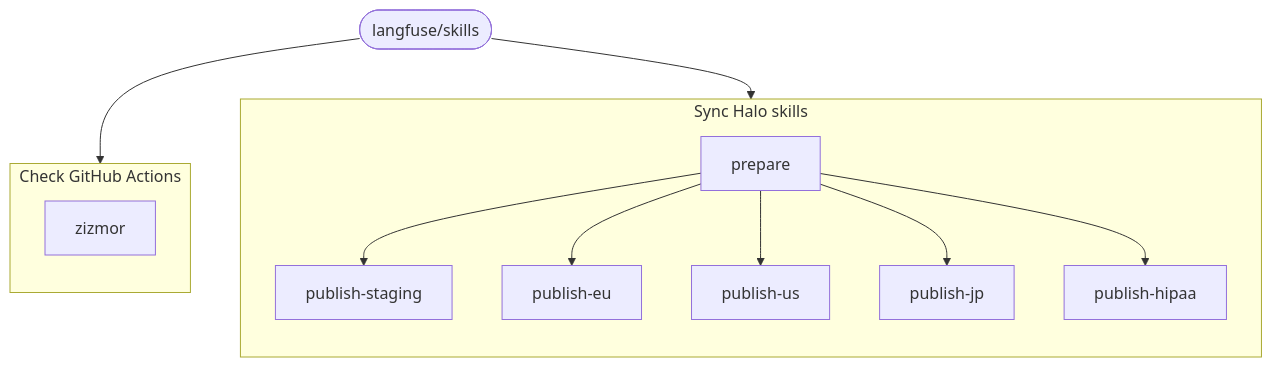
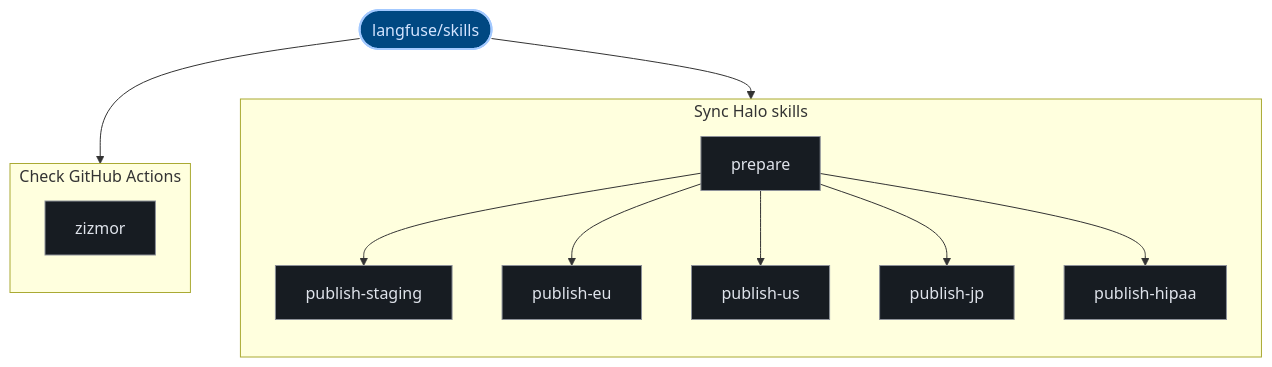
Before and after one commit to kumarshaz/atruss-code-atlas: the third of 3 diagrams in exports/latest/reports/langfuse-skills-report.md, drawn with Mermaid. The commit also changed other lines of this file and 331 other files, not shown here.

Commit message:
docs,ui,fix: update SDLC docs, reorder CI/CD DAG first, stylize Mermaid, and fix Arc42 pipeline topology

````diff
--- a/exports/latest/reports/langfuse-skills-report.md
+++ b/exports/latest/reports/langfuse-skills-report.md
@@ -110,24 +121,31 @@
 ```mermaid
 graph TD;
-  pipeline_root(["langfuse/skills"])
+  classDef atlasRoot fill:#004882,stroke:#a3c9ff,stroke-width:2px,color:#d3e4ff
+  classDef atlasCategory fill:#212428,stroke:#E87A48,stroke-width:1.5px,color:#dfe3eb
+  classDef atlasWorkflow fill:#1b2026,stroke:#a3c9ff,stroke-width:1.5px,color:#dfe3eb
+  classDef atlasJob fill:#171c22,stroke:#8d9199,stroke-width:1px,color:#dfe3eb
+  classDef atlasTarget fill:#005227,stroke:#8bd99b,stroke-width:1.5px,color:#a7f6b6
+  classDef atlasAlert fill:#93000a,stroke:#ffb4ab,stroke-width:1.5px,color:#ffdad6
+  classDef atlasMore fill:#252a31,stroke:#8d9199,stroke-dasharray:4 4,color:#c3c6cf
+  pipeline_root(["langfuse/skills"]):::atlasRoot
   subgraph Sync_Halo_skills_0["Sync Halo skills"]
     direction TB
-    0_prepare["prepare"]
-    0_publish_staging["publish-staging"]
+    0_prepare["prepare"]:::atlasJob
+    0_publish_staging["publish-staging"]:::atlasJob
     0_prepare --> 0_publish_staging
-    0_publish_eu["publish-eu"]
+    0_publish_eu["publish-eu"]:::atlasJob
     0_prepare --> 0_publish_eu
-    0_publish_us["publish-us"]
+    0_publish_us["publish-us"]:::atlasJob
     0_prepare --> 0_publish_us
-    0_publish_jp["publish-jp"]
+    0_publish_jp["publish-jp"]:::atlasJob
     0_prepare --> 0_publish_jp
-    0_publish_hipaa["publish-hipaa"]
+    0_publish_hipaa["publish-hipaa"]:::atlasJob
     0_prepare --> 0_publish_hipaa
   end
   pipeline_root --> 0_prepare
   subgraph Check_GitHub_Actions_1["Check GitHub Actions"]
     direction TB
-    1_zizmor["zizmor"]
+    1_zizmor["zizmor"]:::atlasJob
   end
   pipeline_root --> 1_zizmor
 ```
````
